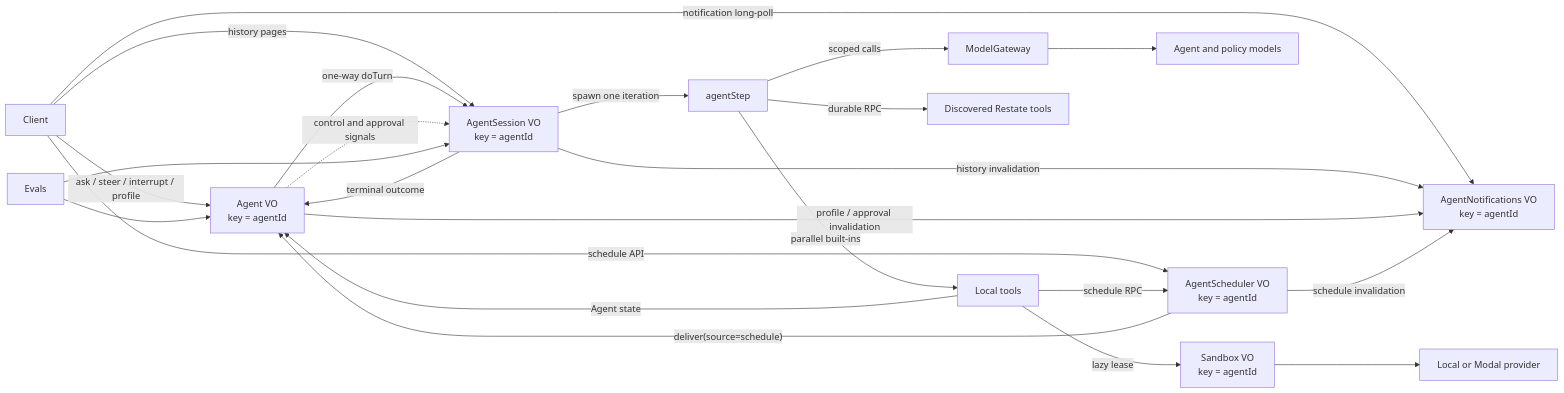
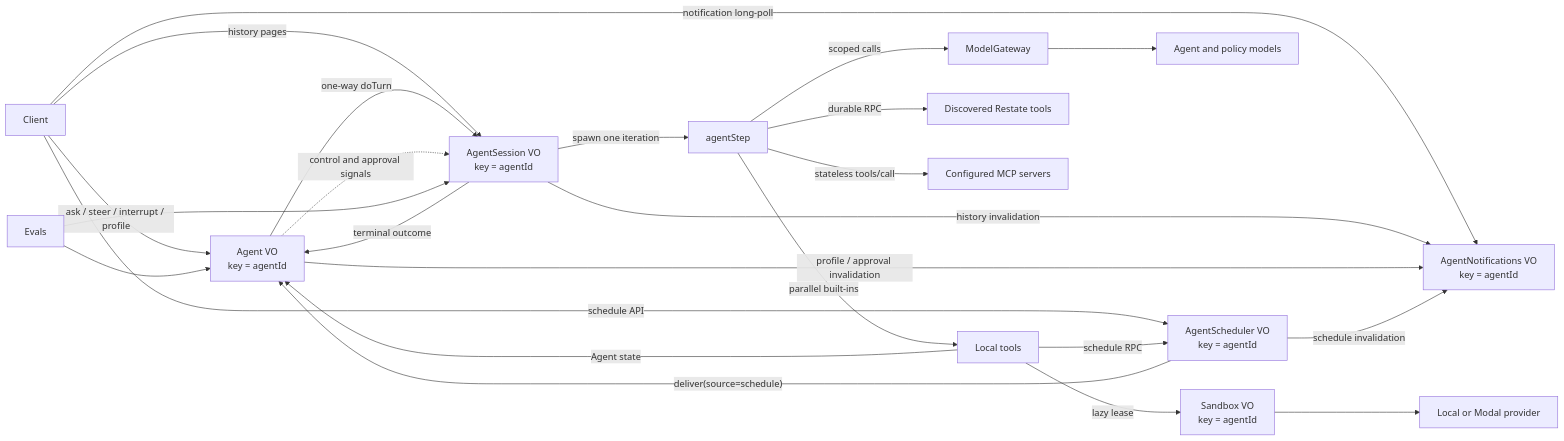
Before and after one commit to restatedev/agent: the diagram in README.md, drawn with Mermaid. The commit also changed other lines of this file and 12 other files, not shown here.

Commit message:
feat(core): add stateless MCP tool support

````diff
--- a/README.md
+++ b/README.md
@@ -80,25 +81,26 @@
 ```mermaid
 flowchart LR
   C["Client"] -->|"ask / steer / interrupt / profile"| A["Agent VO\nkey = agentId"]
   C -->|"history pages"| S["AgentSession VO\nkey = agentId"]
   C -->|"notification long-poll"| N["AgentNotifications VO\nkey = agentId"]
   C -->|"schedule API"| Q["AgentScheduler VO\nkey = agentId"]
   A -->|"one-way doTurn"| S
   A -.->|"control and approval signals"| S
   S -->|"spawn one iteration"| Step["agentStep"]
   Step -->|"scoped calls"| G["ModelGateway"]
   G --> M["Agent and policy models"]
   Step -->|"parallel built-ins"| T["Local tools"]
   Step -->|"durable RPC"| D["Discovered Restate tools"]
+  Step -->|"stateless tools/call"| MCP["Configured MCP servers"]
   T -->|"Agent state"| A
   T -->|"schedule RPC"| Q
   T -->|"lazy lease"| X["Sandbox VO\nkey = agentId"]
   X --> P["Local or Modal provider"]
   S -->|"history invalidation"| N
   A -->|"profile / approval invalidation"| N
   Q -->|"schedule invalidation"| N
   Q -->|"deliver(source=schedule)"| A
   S -->|"terminal outcome"| A
   E["Evals"] --> A
   E --> S
 ```
````
